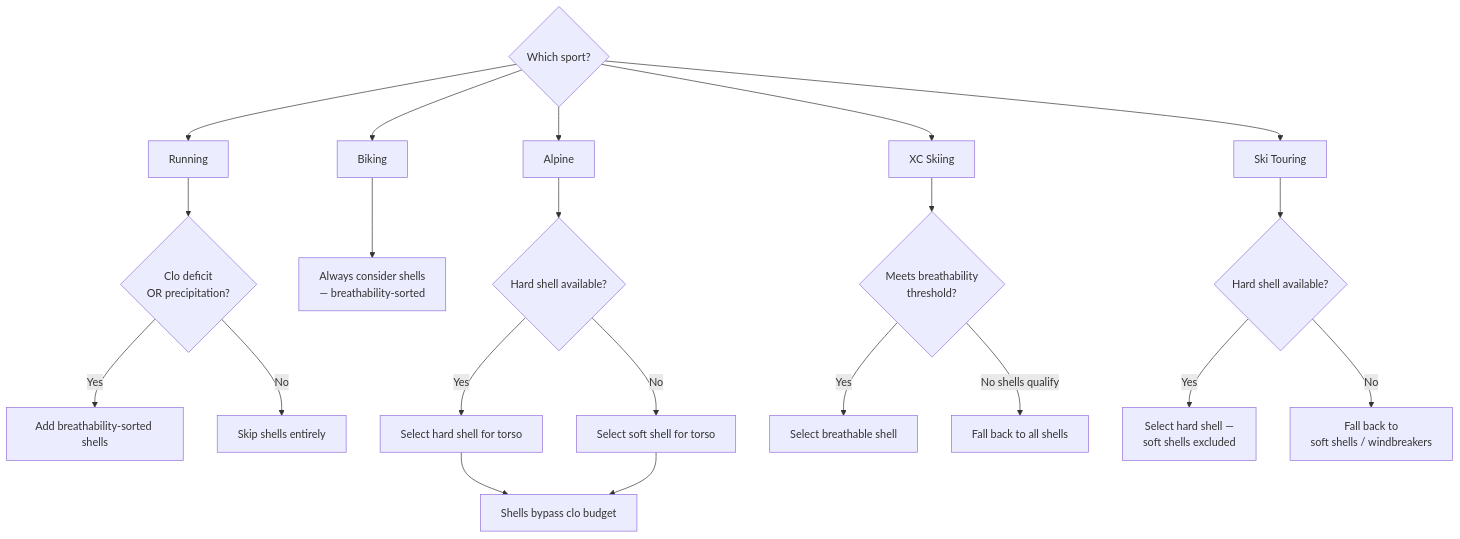
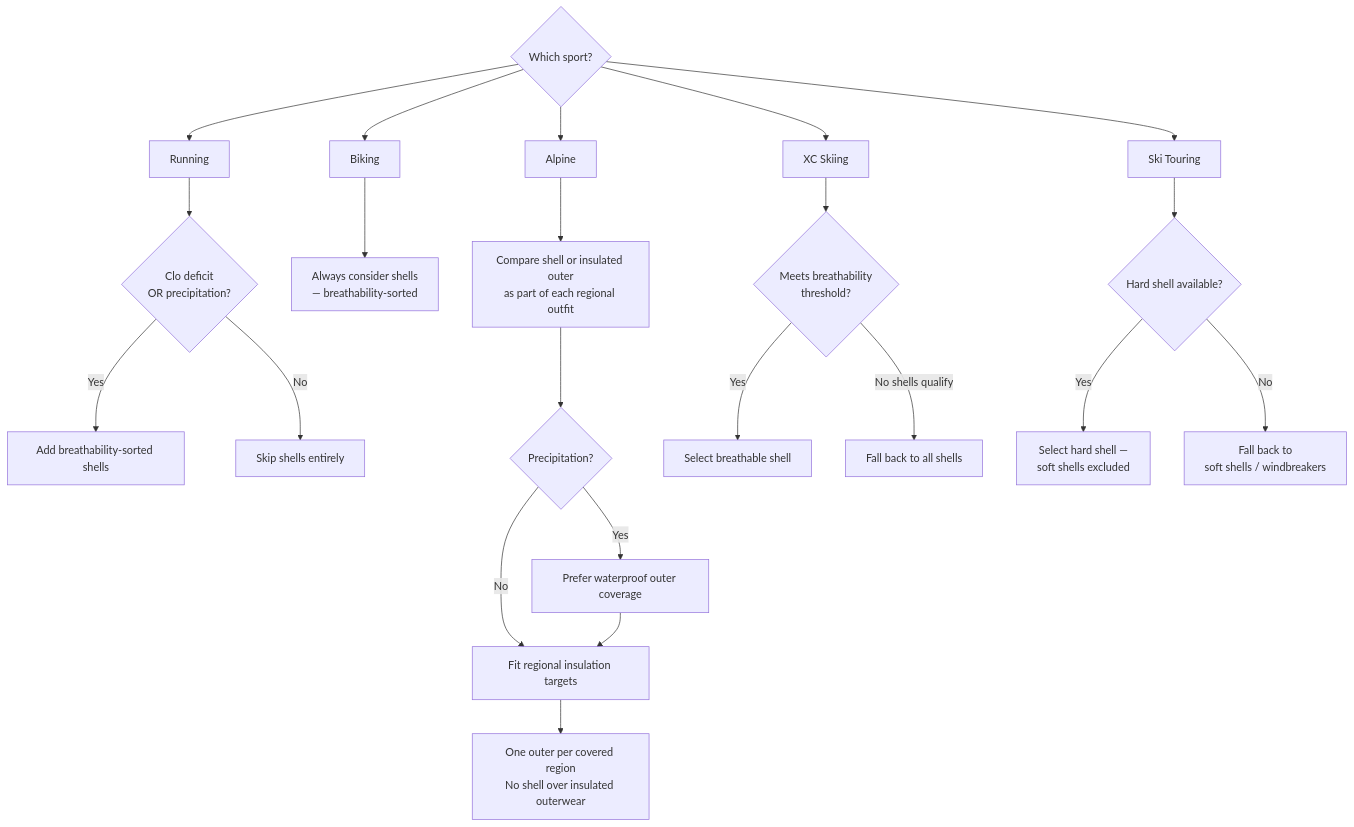
Before and after one commit to derobertsw/swttr: the fifth of 6 diagrams in README.md, drawn with Mermaid. The commit also changed other lines of this file and 6 other files, not shown here.

Commit message:
Fix alpine layer stacking with regional outfit limits

````diff
--- a/README.md
+++ b/README.md
@@ -206,28 +211,29 @@
 ```mermaid
 graph TD
     START{Which sport?} --> RUN[Running]
     START --> BIKE[Biking]
     START --> ALP[Alpine]
     START --> XC[XC Skiing]
     START --> TOUR[Ski Touring]
 
     RUN --> RCHECK{Clo deficit<br/>OR precipitation?}
     RCHECK -->|Yes| RADD[Add breathability-sorted shells]
     RCHECK -->|No| RSKIP[Skip shells entirely]
 
     BIKE --> BADD[Always consider shells<br/>— breathability-sorted]
 
-    ALP --> AHARD{Hard shell available?}
-    AHARD -->|Yes| AHSEL[Select hard shell for torso]
-    AHARD -->|No| ASOFT[Select soft shell for torso]
-    AHSEL --> ABUDGET[Shells bypass clo budget]
-    ASOFT --> ABUDGET
+    ALP --> AOUT[Compare shell or insulated outer<br/>as part of each regional outfit]
+    AOUT --> AWET{Precipitation?}
+    AWET -->|Yes| AWP[Prefer waterproof outer coverage]
+    AWET -->|No| ABUDGET[Fit regional insulation targets]
+    AWP --> ABUDGET
+    ABUDGET --> ACAP[One outer per covered region<br/>No shell over insulated outerwear]
 
     XC --> XBREATH{Meets breathability<br/>threshold?}
     XBREATH -->|Yes| XPREF[Select breathable shell]
     XBREATH -->|No shells qualify| XFALL[Fall back to all shells]
 
     TOUR --> THARD{Hard shell available?}
     THARD -->|Yes| THSEL[Select hard shell —<br/>soft shells excluded]
     THARD -->|No| TOTHER[Fall back to<br/>soft shells / windbreakers]
 ```
````
